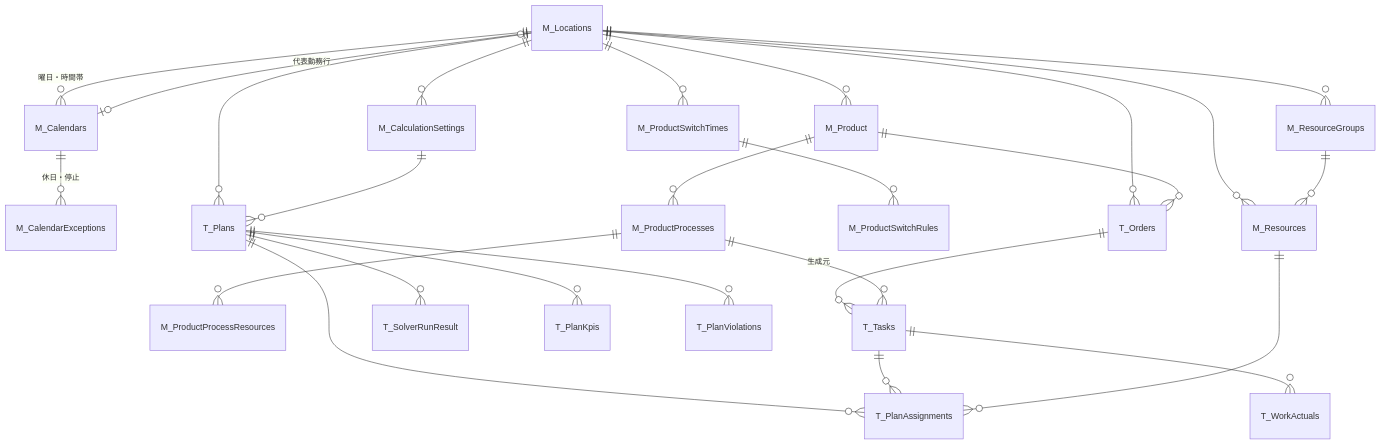
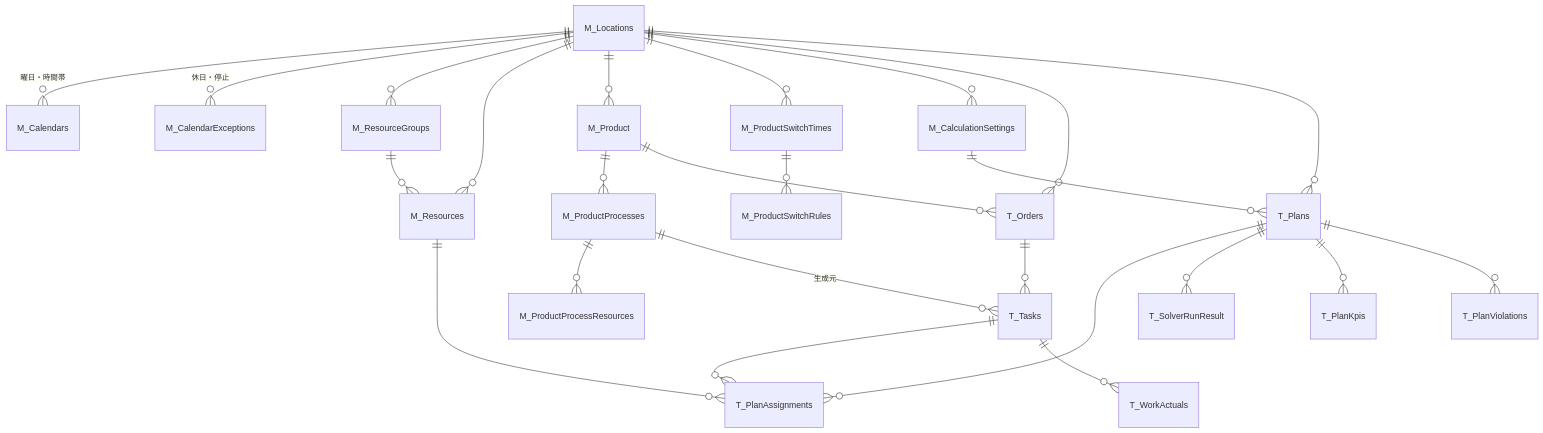
The fourth of 4 diagrams in docs/SYSTEM_OVERVIEW.md (tds-dev/TONOPS-SCH-backend), drawn with Mermaid before and after one commit. The commit also changed other lines of this file and 14 other files, not shown here.

Commit message:
（DB）構成を整理。M_CalendarExceptionsをLocationIDに直接紐づけるよう変更。M_Locations.CalendarIDを削除し、M_Calendarから勤務行を直接取得する方式に変更。

````diff
--- a/docs/SYSTEM_OVERVIEW.md
+++ b/docs/SYSTEM_OVERVIEW.md
@@ -290,28 +290,27 @@
 ```mermaid
 erDiagram
   M_Locations ||--o{ M_Calendars : "曜日・時間帯"
-  M_Calendars |o--o| M_Locations : "代表勤務行"
-  M_Calendars ||--o{ M_CalendarExceptions : "休日・停止"
+  M_Locations ||--o{ M_CalendarExceptions : "休日・停止"
   M_Locations ||--o{ M_ResourceGroups : ""
   M_Locations ||--o{ M_Resources : ""
   M_ResourceGroups ||--o{ M_Resources : ""
     M_Locations ||--o{ M_Product : ""
   M_Product ||--o{ M_ProductProcesses : ""
   M_ProductProcesses ||--o{ M_ProductProcessResources : ""
   M_Locations ||--o{ M_ProductSwitchTimes : ""
   M_ProductSwitchTimes ||--o{ M_ProductSwitchRules : ""
   M_Locations ||--o{ M_CalculationSettings : ""
   M_Locations ||--o{ T_Orders : ""
   M_Product ||--o{ T_Orders : ""
   T_Orders ||--o{ T_Tasks : ""
   M_ProductProcesses ||--o{ T_Tasks : "生成元"
   M_Locations ||--o{ T_Plans : ""
   M_CalculationSettings ||--o{ T_Plans : ""
   T_Plans ||--o{ T_PlanAssignments : ""
   T_Tasks ||--o{ T_PlanAssignments : ""
   M_Resources ||--o{ T_PlanAssignments : ""
   T_Plans ||--o{ T_SolverRunResult : ""
   T_Plans ||--o{ T_PlanKpis : ""
   T_Plans ||--o{ T_PlanViolations : ""
   T_Tasks ||--o{ T_WorkActuals : ""
 ```
````
